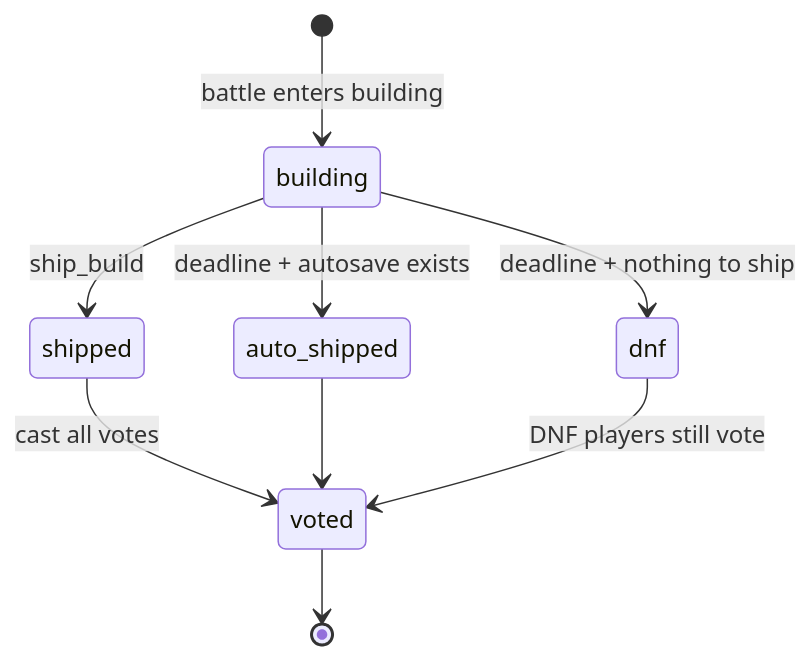
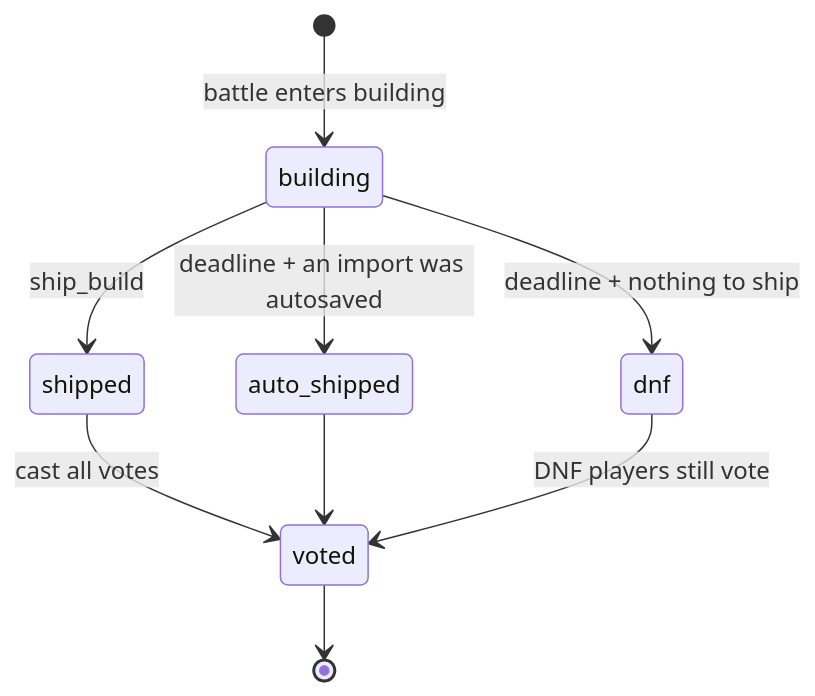
The third of 3 diagrams in docs/04-state-machine.md (ertugrulunal9-ui/Build-Roulette), drawn with Mermaid before and after one commit. The commit also changed other lines of this file, not shown here.

First line of the commit message:
State machine doc: BUILD is an import, time limits are 10-45 minutes

````diff
--- a/docs/04-state-machine.md
+++ b/docs/04-state-machine.md
@@ -88,11 +88,11 @@
 ```mermaid
 stateDiagram-v2
   [*] --> building: battle enters building
   building --> shipped: ship_build
-  building --> auto_shipped: deadline + autosave exists
+  building --> auto_shipped: deadline + an import was autosaved
   building --> dnf: deadline + nothing to ship
   shipped --> voted: cast all votes
   auto_shipped --> voted
   dnf --> voted: DNF players still vote
   voted --> [*]
 ```
````
